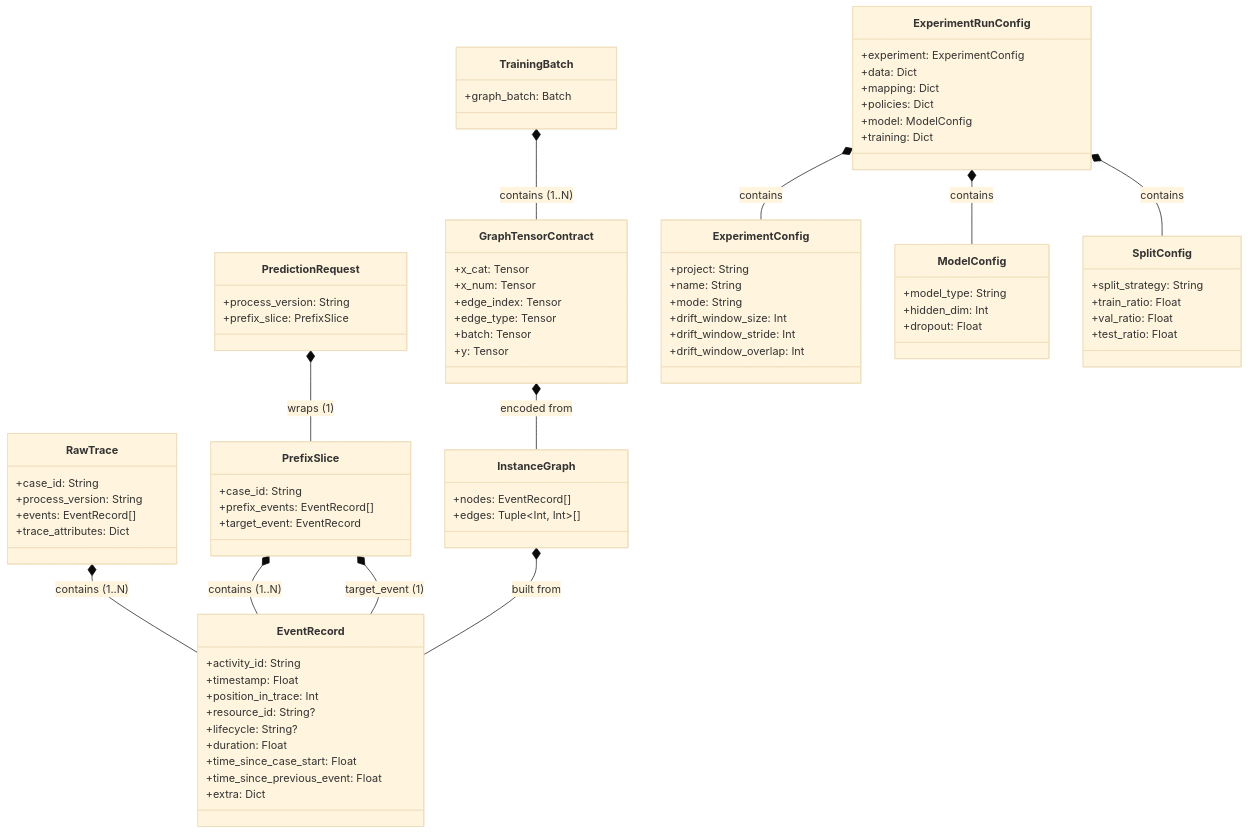
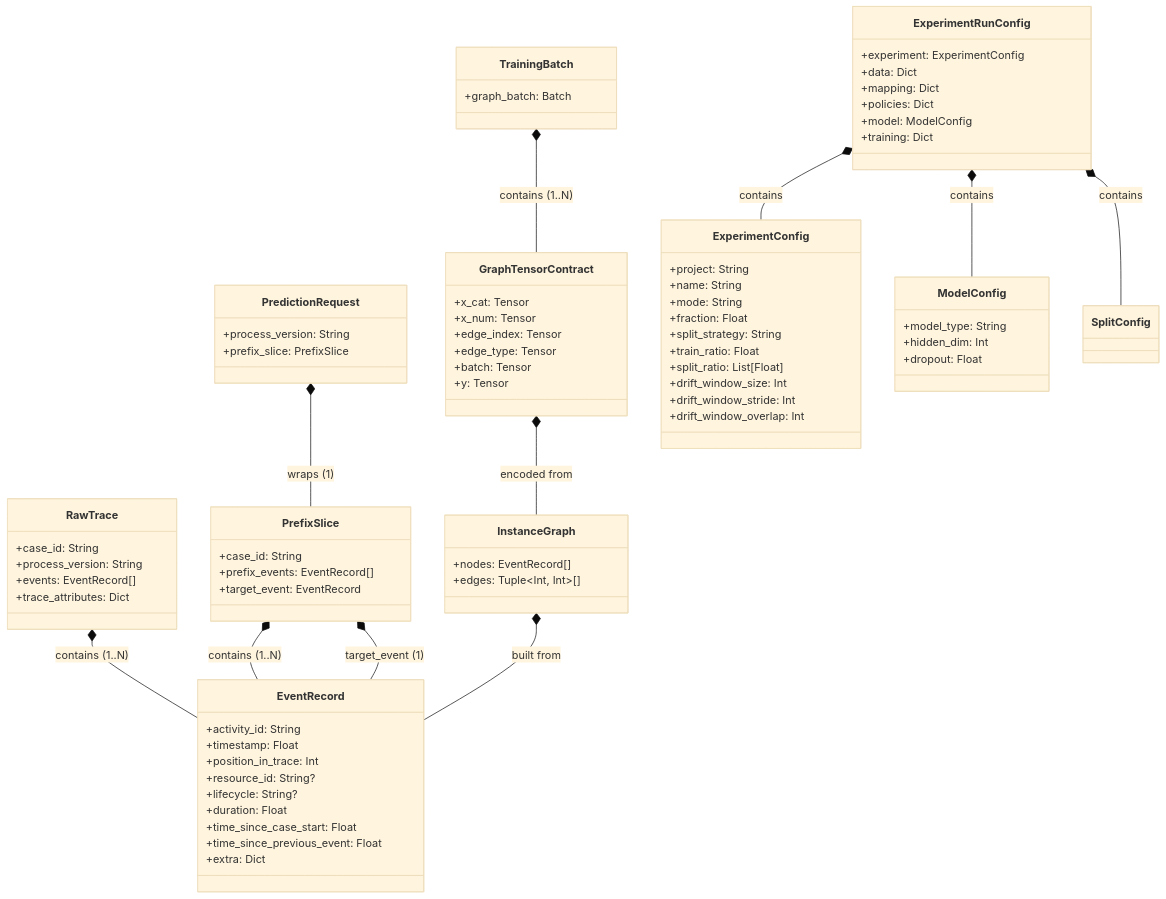
One commit to ghsrg/bpm_prediction changed the fourth of 4 diagrams in docs/DATA_MODEL_MVP1.MD. Above: the diagram before and after it, drawn with Mermaid (base theme). The commit also changed 13 other files, not shown here.

```diff
--- a/docs/DATA_MODEL_MVP1.MD
+++ b/docs/DATA_MODEL_MVP1.MD
@@ -318,6 +318,10 @@
         +project: String
         +name: String
         +mode: String
+        +fraction: Float
+        +split_strategy: String
+        +train_ratio: Float
+        +split_ratio: List[Float]
         +drift_window_size: Int
         +drift_window_stride: Int
         +drift_window_overlap: Int
@@ -327,13 +331,6 @@
         +model_type: String
         +hidden_dim: Int
         +dropout: Float
-    }
-
-    class SplitConfig {
-        +split_strategy: String
-        +train_ratio: Float
-        +val_ratio: Float
-        +test_ratio: Float
     }
 
     RawTrace *-- EventRecord : contains (1..N)
```
